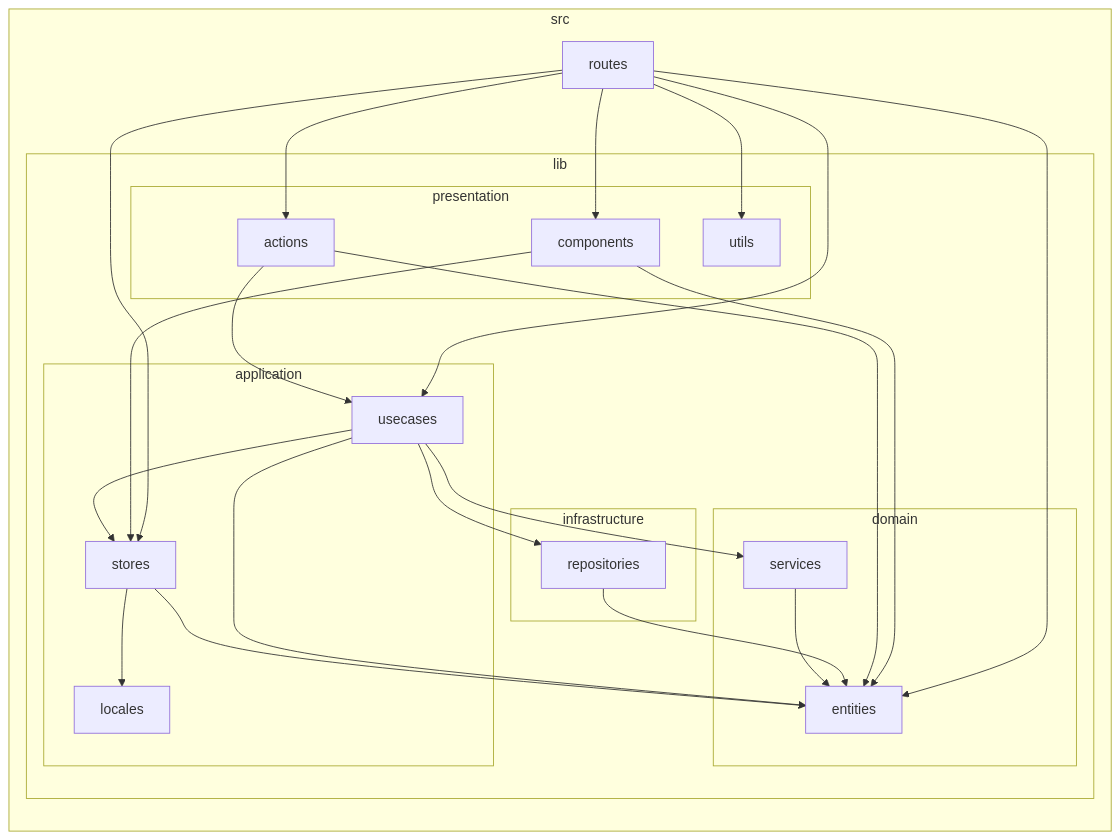
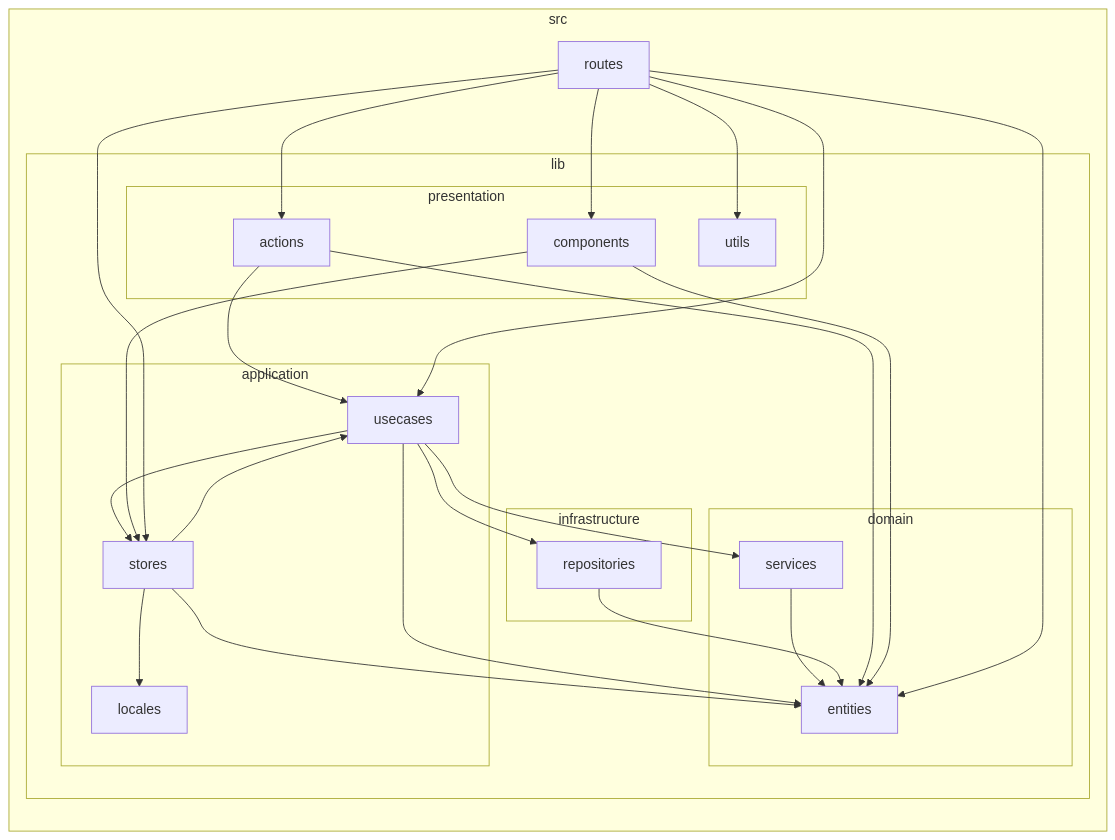
Before and after one commit to k5n/kotonoha: diagram 38 of 38 in doc/dependency-graph.md, drawn with Mermaid. The commit also changed other lines of this file and 8 other files, not shown here.

````diff
--- a/doc/dependency-graph.md
+++ b/doc/dependency-graph.md
@@ -1534,43 +1534,44 @@
 ```mermaid
 graph LR
         subgraph sg_src ["src"]
             src_routes["routes"]
             subgraph sg_src_lib ["lib"]
                 subgraph sg_src_lib_application ["application"]
                     src_lib_application_locales["locales"]
                     src_lib_application_stores["stores"]
                     src_lib_application_usecases["usecases"]
                 end
                 subgraph sg_src_lib_domain ["domain"]
                     src_lib_domain_entities["entities"]
                     src_lib_domain_services["services"]
                 end
                 subgraph sg_src_lib_infrastructure ["infrastructure"]
                     src_lib_infrastructure_repositories["repositories"]
                 end
                 subgraph sg_src_lib_presentation ["presentation"]
                     src_lib_presentation_actions["actions"]
                     src_lib_presentation_components["components"]
                     src_lib_presentation_utils["utils"]
                 end
             end
         end
     src_lib_application_stores --> src_lib_application_locales
+    src_lib_application_stores --> src_lib_application_usecases
     src_lib_application_stores --> src_lib_domain_entities
     src_lib_application_usecases --> src_lib_application_stores
     src_lib_application_usecases --> src_lib_domain_entities
     src_lib_application_usecases --> src_lib_domain_services
     src_lib_application_usecases --> src_lib_infrastructure_repositories
     src_lib_domain_services --> src_lib_domain_entities
     src_lib_infrastructure_repositories --> src_lib_domain_entities
     src_lib_presentation_actions --> src_lib_application_usecases
     src_lib_presentation_actions --> src_lib_domain_entities
     src_lib_presentation_components --> src_lib_application_stores
     src_lib_presentation_components --> src_lib_domain_entities
     src_routes --> src_lib_application_stores
     src_routes --> src_lib_application_usecases
     src_routes --> src_lib_domain_entities
     src_routes --> src_lib_presentation_actions
     src_routes --> src_lib_presentation_components
     src_routes --> src_lib_presentation_utils
 ```
````
